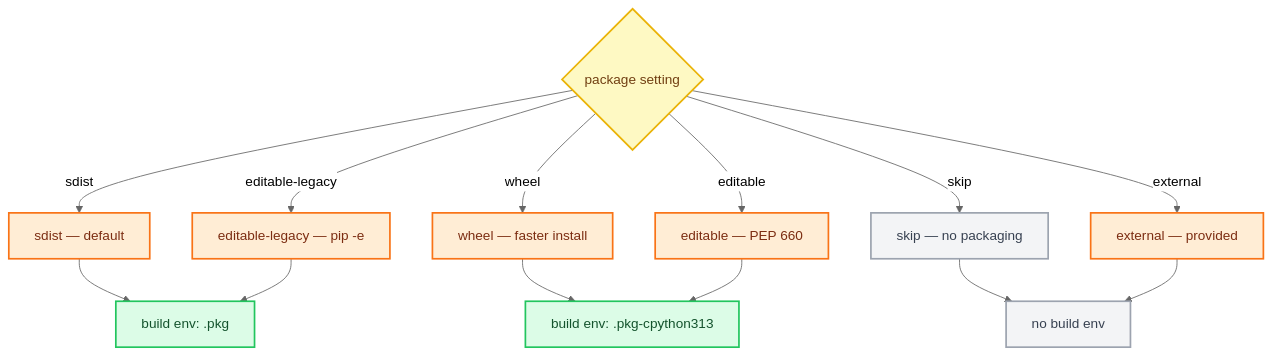
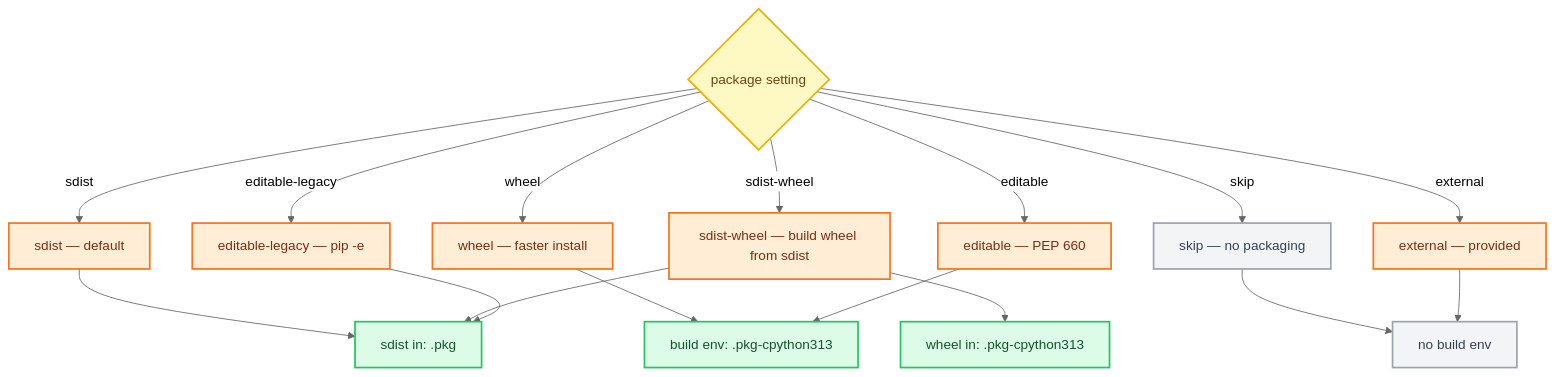
Before and after one commit to tox-dev/tox: the second of 3 diagrams in docs/explanation.rst, drawn with Mermaid (neutral theme). The commit also changed other lines of this file and 7 other files, not shown here.

First line of the commit message:
Add package=sdist-wheel package type (#3741)

```diff
--- a/docs/explanation.rst
+++ b/docs/explanation.rst
@@ -200,27 +200,30 @@
 .. mermaid::
 
     flowchart TD
         pkg{package setting}
         pkg -- sdist --> sdist[sdist — default]
         pkg -- wheel --> wheel[wheel — faster install]
+        pkg -- sdist-wheel --> sdistwheel[sdist-wheel — build wheel from sdist]
         pkg -- editable --> editable[editable — PEP 660]
         pkg -- editable-legacy --> legacy[editable-legacy — pip -e]
         pkg -- skip --> skip[skip — no packaging]
         pkg -- external --> external[external — provided]
 
         sdist --> env_pkg[build env: .pkg]
         wheel --> env_wheel[build env: .pkg-cpython313]
+        sdistwheel --> env_pkg[sdist in: .pkg]
+        sdistwheel --> env_wheel2[wheel in: .pkg-cpython313]
         editable --> env_wheel
         legacy --> env_pkg
         skip --> no_env[no build env]
         external --> no_env
 
         classDef decisionStyle fill:#fef9c3,stroke:#eab308,stroke-width:2px,color:#713f12
         classDef pkgStyle fill:#ffedd5,stroke:#f97316,stroke-width:2px,color:#7c2d12
         classDef envStyle fill:#dcfce7,stroke:#22c55e,stroke-width:2px,color:#14532d
         classDef skipStyle fill:#f3f4f6,stroke:#9ca3af,stroke-width:2px,color:#374151
 
         class pkg decisionStyle
-        class sdist,wheel,editable,legacy,external pkgStyle
-        class env_pkg,env_wheel envStyle
+        class sdist,wheel,sdistwheel,editable,legacy,external pkgStyle
+        class env_pkg,env_wheel,env_wheel2 envStyle
         class skip,no_env skipStyle
```
